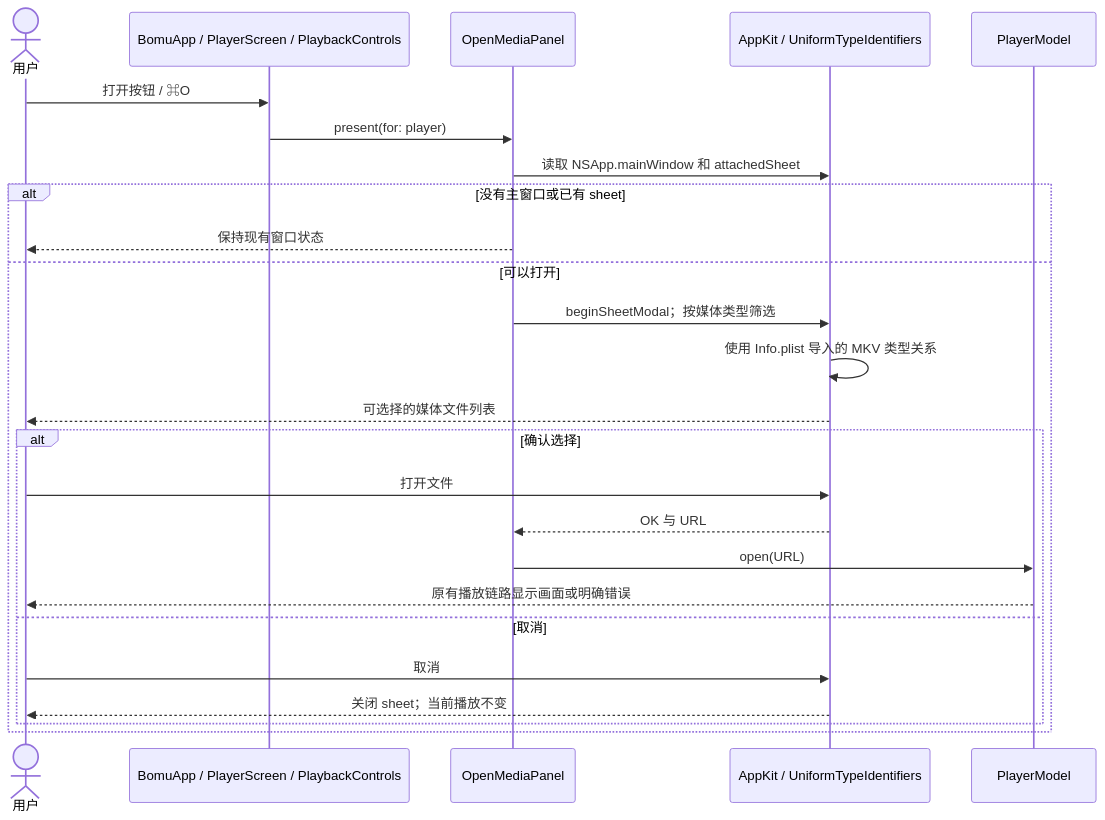
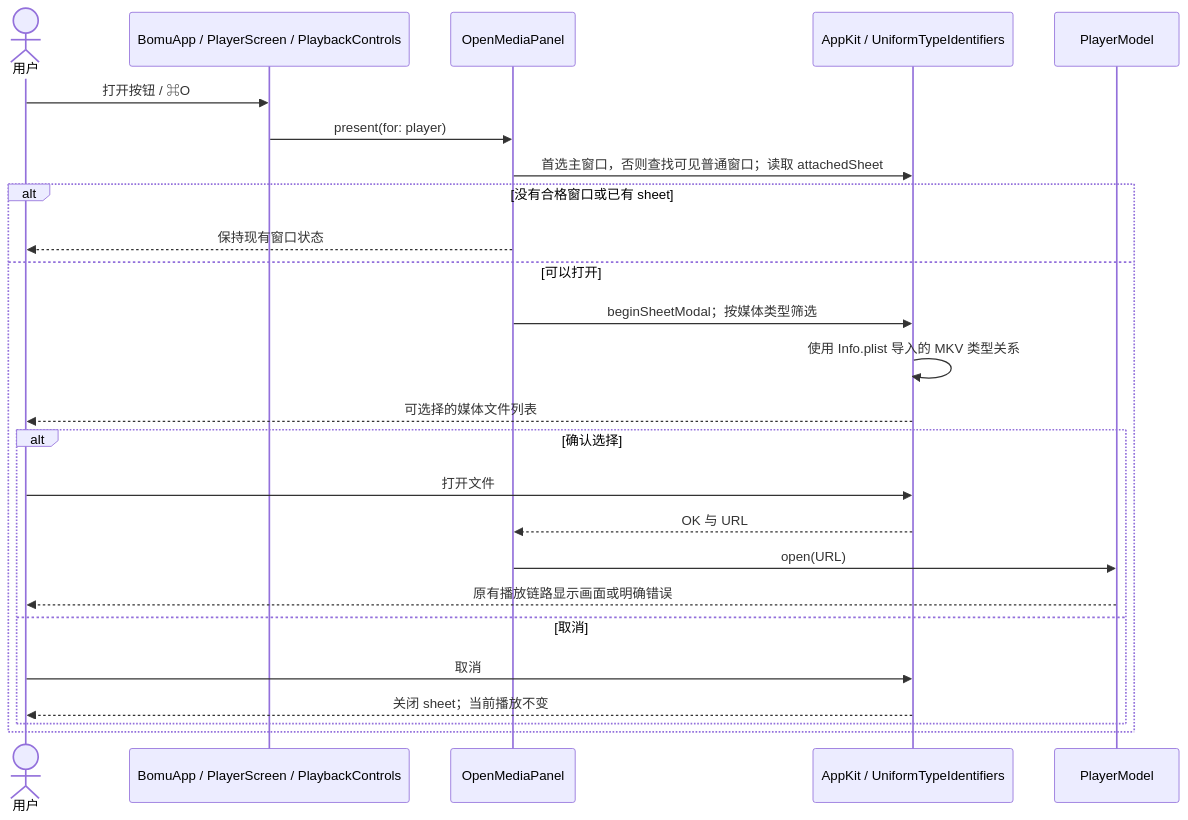
Before and after one commit to tech-zjf/Bomu: the diagram in docs/playback/native-poc/file-opening.md, drawn with Mermaid. The commit also changed other lines of this file and 97 other files, not shown here.

````diff
--- a/docs/playback/native-poc/file-opening.md
+++ b/docs/playback/native-poc/file-opening.md
@@ -44,27 +50,27 @@
 ```mermaid
 sequenceDiagram
     actor User as 用户
     participant UI as BomuApp / PlayerScreen / PlaybackControls
     participant Panel as OpenMediaPanel
     participant System as AppKit / UniformTypeIdentifiers
     participant Model as PlayerModel
     User->>UI: 打开按钮 / ⌘O
     UI->>Panel: present(for: player)
-    Panel->>System: 读取 NSApp.mainWindow 和 attachedSheet
-    alt 没有主窗口或已有 sheet
+    Panel->>System: 首选主窗口，否则查找可见普通窗口；读取 attachedSheet
+    alt 没有合格窗口或已有 sheet
         Panel-->>User: 保持现有窗口状态
     else 可以打开
         Panel->>System: beginSheetModal；按媒体类型筛选
         System->>System: 使用 Info.plist 导入的 MKV 类型关系
         System-->>User: 可选择的媒体文件列表
         alt 确认选择
             User->>System: 打开文件
             System-->>Panel: OK 与 URL
             Panel->>Model: open(URL)
             Model-->>User: 原有播放链路显示画面或明确错误
         else 取消
             User->>System: 取消
             System-->>User: 关闭 sheet；当前播放不变
         end
     end
 ```
````
